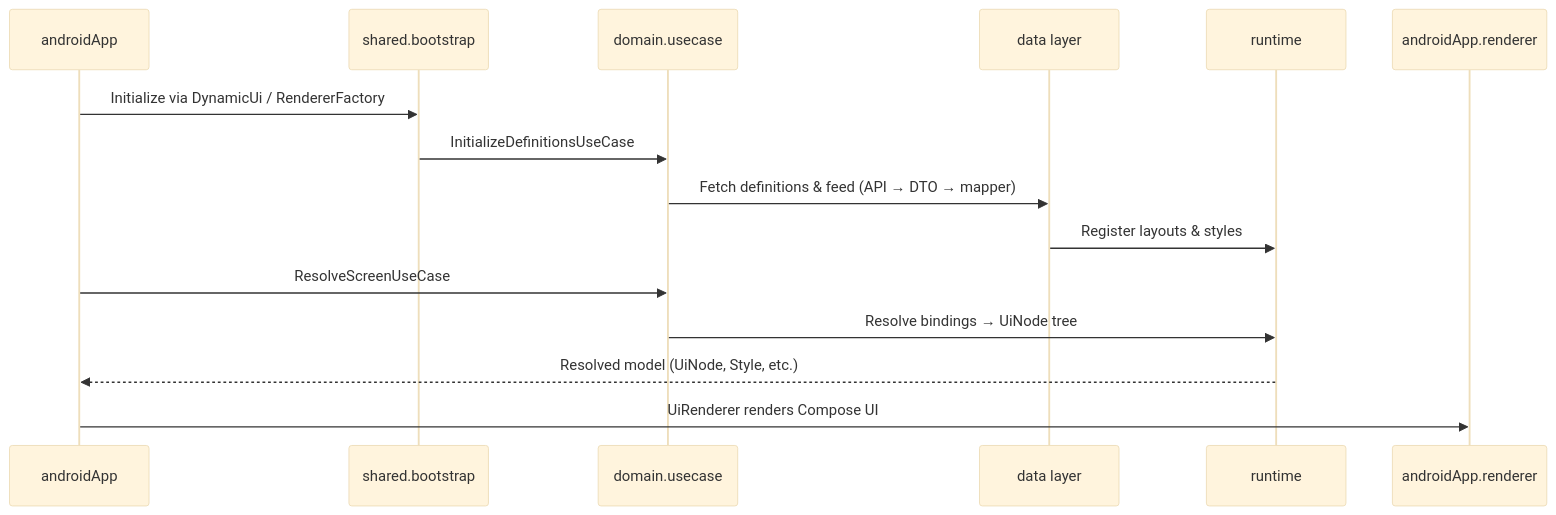
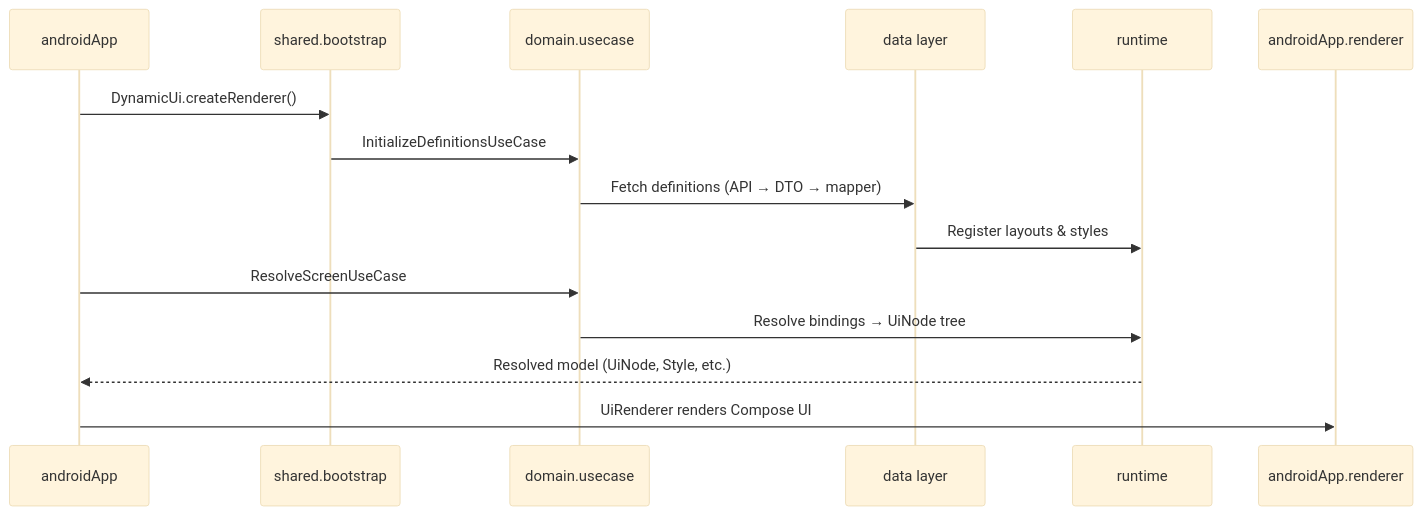
Before and after one commit to AnantSingh08/DynamicUiRenderer: the fifth of 5 diagrams in docs/module-structure.md, drawn with Mermaid (base theme). The commit also changed other lines of this file and 9 other files, not shown here.

````diff
--- a/docs/module-structure.md
+++ b/docs/module-structure.md
@@ -543,18 +555,18 @@
 ```mermaid
 sequenceDiagram
     participant App as androidApp
     participant Boot as shared.bootstrap
     participant UC as domain.usecase
     participant Data as data layer
     participant RT as runtime
     participant Ren as androidApp.renderer
 
-    App->>Boot: Initialize via DynamicUi / RendererFactory
+    App->>Boot: DynamicUi.createRenderer()
     Boot->>UC: InitializeDefinitionsUseCase
-    UC->>Data: Fetch definitions & feed (API → DTO → mapper)
+    UC->>Data: Fetch definitions (API → DTO → mapper)
     Data->>RT: Register layouts & styles
     App->>UC: ResolveScreenUseCase
     UC->>RT: Resolve bindings → UiNode tree
     RT-->>App: Resolved model (UiNode, Style, etc.)
     App->>Ren: UiRenderer renders Compose UI
 ```
````
